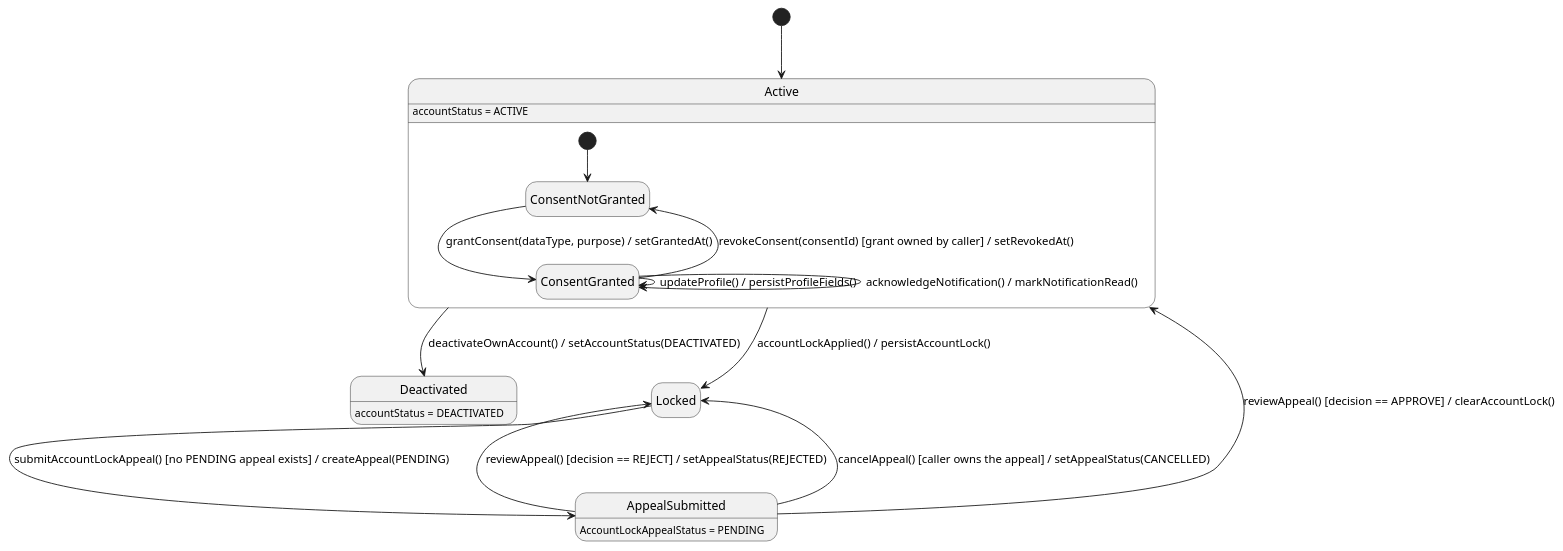
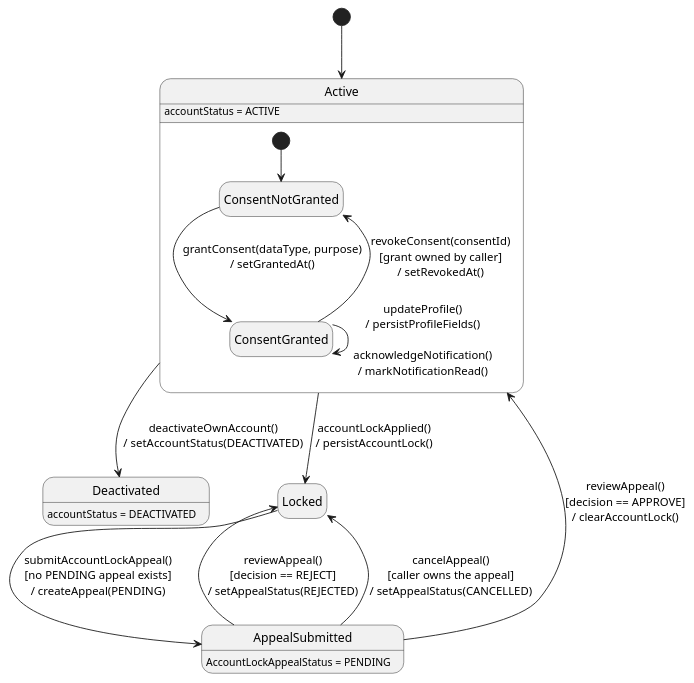
Before and after one commit to ChuongBDHE172784/CareBridge_SEP490_G79: the third of 3 diagrams in 03_Design/Detailed_Design/MF01_Account_Trust_Access_Control/02_Profile_Notifications_Privacy_and_Account_State.md, drawn with PlantUML. The commit also changed 61 other files, not shown here.

Commit message:
docs: update detailed design documentation and state chart diagrams across all feature modules

````diff
--- a/03_Design/Detailed_Design/MF01_Account_Trust_Access_Control/02_Profile_Notifications_Privacy_and_Account_State.md
+++ b/03_Design/Detailed_Design/MF01_Account_Trust_Access_Control/02_Profile_Notifications_Privacy_and_Account_State.md
@@ -438,25 +438,24 @@
 ```plantuml
 @startuml StateChartDiagram_02ProfileNotificationsPrivacyandAccountState
 hide empty description
 [*] --> Active
 
-Active --> Deactivated : deactivateOwnAccount() / setAccountStatus(DEACTIVATED)
-Active --> Locked : accountLockApplied() / persistAccountLock()
-Locked --> AppealSubmitted : submitAccountLockAppeal() [no PENDING appeal exists] / createAppeal(PENDING)
-AppealSubmitted --> Active : reviewAppeal() [decision == APPROVE] / clearAccountLock()
-AppealSubmitted --> Locked : reviewAppeal() [decision == REJECT] / setAppealStatus(REJECTED)
-AppealSubmitted --> Locked : cancelAppeal() [caller owns the appeal] / setAppealStatus(CANCELLED)
+Active --> Deactivated : deactivateOwnAccount()\n/ setAccountStatus(DEACTIVATED)
+Active --> Locked : accountLockApplied()\n/ persistAccountLock()
+Locked --> AppealSubmitted : submitAccountLockAppeal()\n[no PENDING appeal exists]\n/ createAppeal(PENDING)
+AppealSubmitted --> Active : reviewAppeal()\n[decision == APPROVE]\n/ clearAccountLock()
+AppealSubmitted --> Locked : reviewAppeal()\n[decision == REJECT]\n/ setAppealStatus(REJECTED)
+AppealSubmitted --> Locked : cancelAppeal()\n[caller owns the appeal]\n/ setAppealStatus(CANCELLED)
 
 state Active {
   [*] --> ConsentNotGranted
-  ConsentNotGranted --> ConsentGranted : grantConsent(dataType, purpose) / setGrantedAt()
-  ConsentGranted --> ConsentNotGranted : revokeConsent(consentId) [grant owned by caller] / setRevokedAt()
-  ConsentGranted --> ConsentGranted : updateProfile() / persistProfileFields()
-  ConsentGranted --> ConsentGranted : acknowledgeNotification() / markNotificationRead()
+  ConsentNotGranted --> ConsentGranted : grantConsent(dataType, purpose)\n/ setGrantedAt()
+  ConsentGranted --> ConsentNotGranted : revokeConsent(consentId)\n[grant owned by caller]\n/ setRevokedAt()
+  ConsentGranted --> ConsentGranted : updateProfile()\n/ persistProfileFields()\n\nacknowledgeNotification()\n/ markNotificationRead()
 }
 
 Active : accountStatus = ACTIVE
 Deactivated : accountStatus = DEACTIVATED
 AppealSubmitted : AccountLockAppealStatus = PENDING
 @enduml
 ```
````
